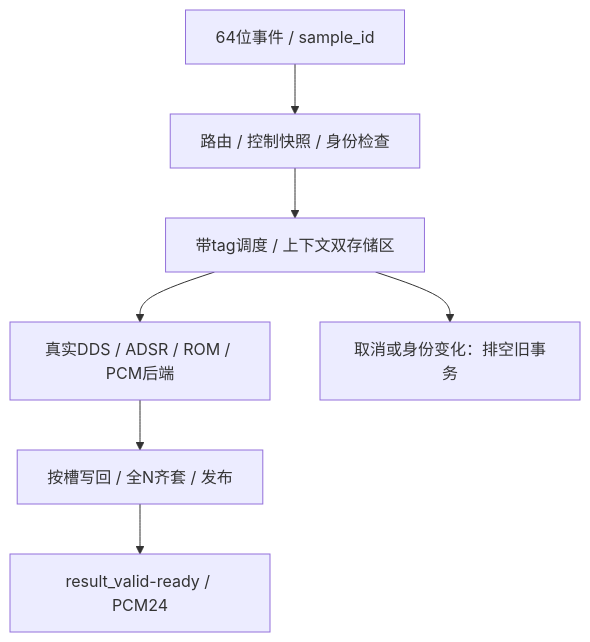
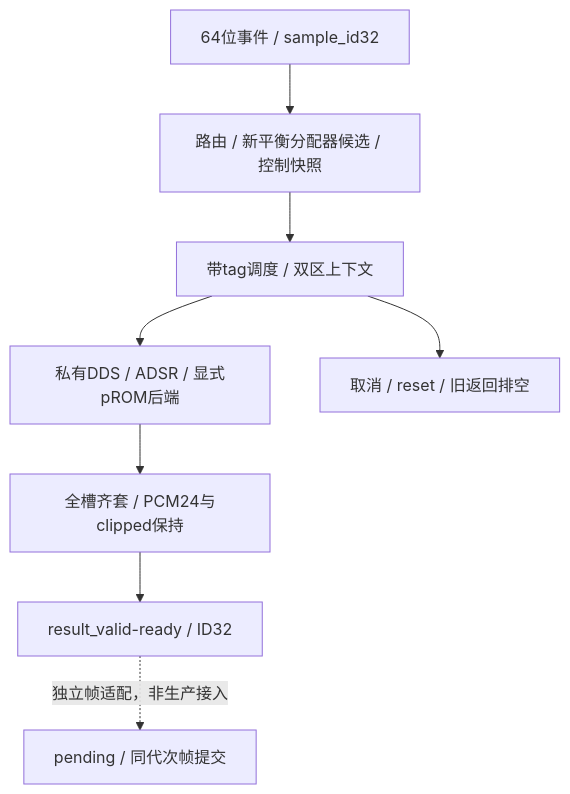
One commit to SunnyHuang888/GaoYunFPGA_local changed diagram 36 of 42 in 系统模块总览.md. Above: the diagram before and after it, drawn with Mermaid. The commit also changed other lines of this file and 34 other files, not shown here.

````diff
--- a/系统模块总览.md
+++ b/系统模块总览.md
@@ -4174,9 +4188,10 @@
 ```mermaid
 flowchart TD
- A["64位事件 / sample_id"] --> B["路由 / 控制快照 / 身份检查"]
- B --> C["带tag调度 / 上下文双存储区"]
- C --> D["真实DDS / ADSR / ROM / PCM后端"]
- D --> E["按槽写回 / 全N齐套 / 发布"]
- E --> F["result_valid-ready / PCM24"]
- C --> G["取消或身份变化：排空旧事务"]
+ A["64位事件 / sample_id32"] --> B["路由 / 新平衡分配器候选 / 控制快照"]
+ B --> C["带tag调度 / 双区上下文"]
+ C --> D["私有DDS / ADSR / 显式pROM后端"]
+ D --> E["全槽齐套 / PCM24与clipped保持"]
+ E --> F["result_valid-ready / ID32"]
+ F -. "独立帧适配，非生产接入" .-> G["pending / 同代次帧提交"]
+ C --> H["取消 / reset / 旧返回排空"]
 ```
````
